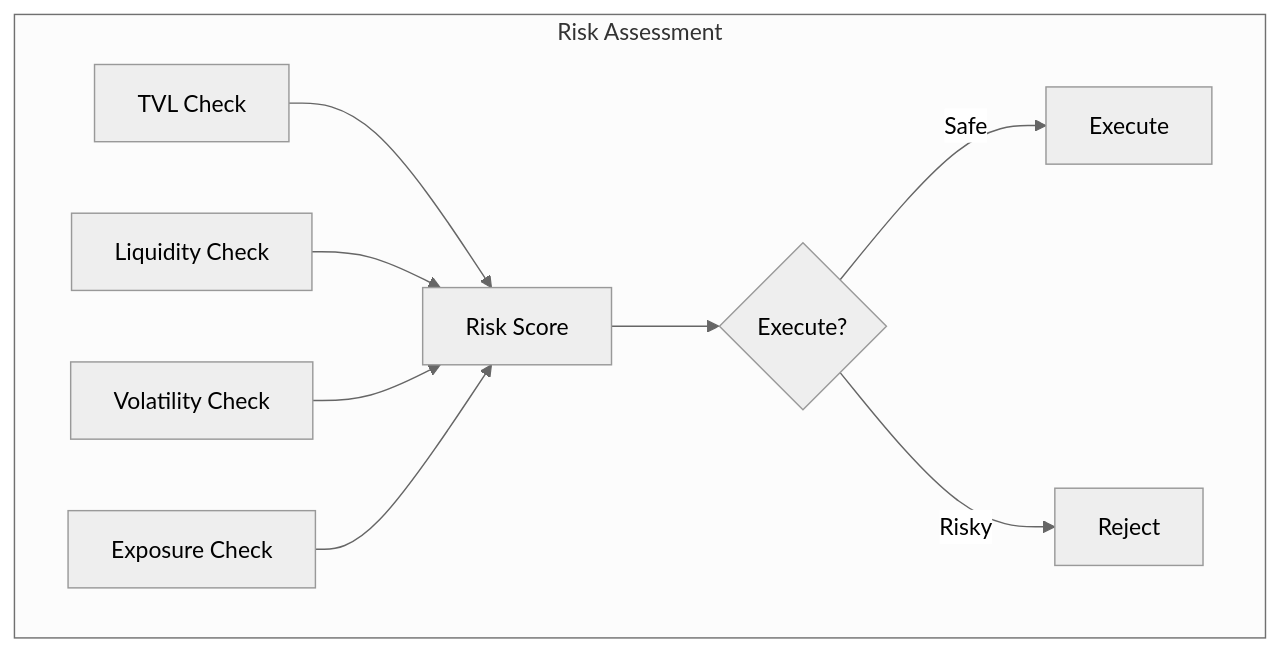
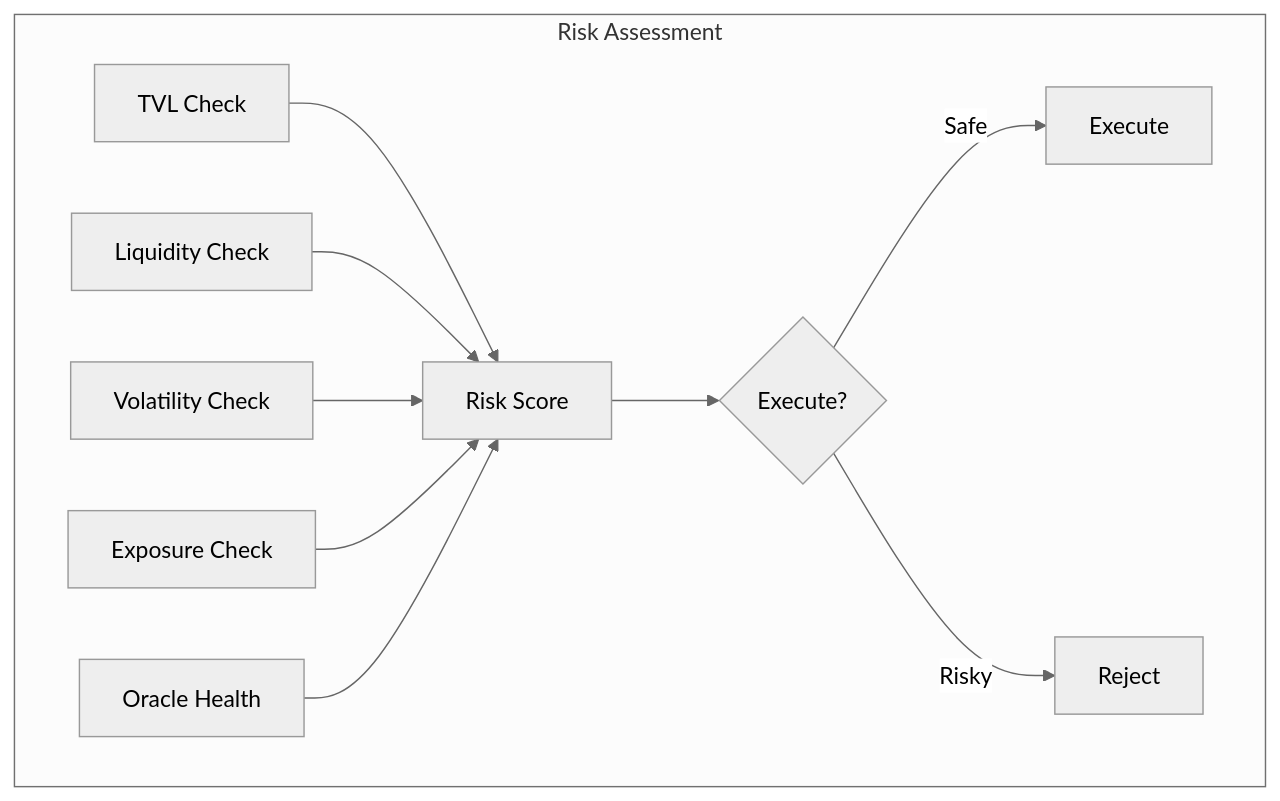
One commit to shogunprotocol/shogun-ai-core changed the fourth of 6 diagrams in docs/SHOGUN_CORE_AI_ARCHITECTURE.md. Above: the diagram before and after it, drawn with Mermaid (neutral theme). The commit also changed other lines of this file and 21 other files, not shown here.

````diff
--- a/docs/SHOGUN_CORE_AI_ARCHITECTURE.md
+++ b/docs/SHOGUN_CORE_AI_ARCHITECTURE.md
@@ -77,18 +97,20 @@
 ```mermaid
 graph TD
     subgraph Risk["Risk Assessment"]
         TVL[TVL Check]
         LIQ[Liquidity Check]
         VOL[Volatility Check]
         EXP[Exposure Check]
+        ORACLE[Oracle Health]
         
         TVL --> Score[Risk Score]
         LIQ --> Score
         VOL --> Score
         EXP --> Score
+        ORACLE --> Score
         
         Score --> Decision{Execute?}
         Decision -->|Safe| Execute
         Decision -->|Risky| Reject
     end
 ```
````
